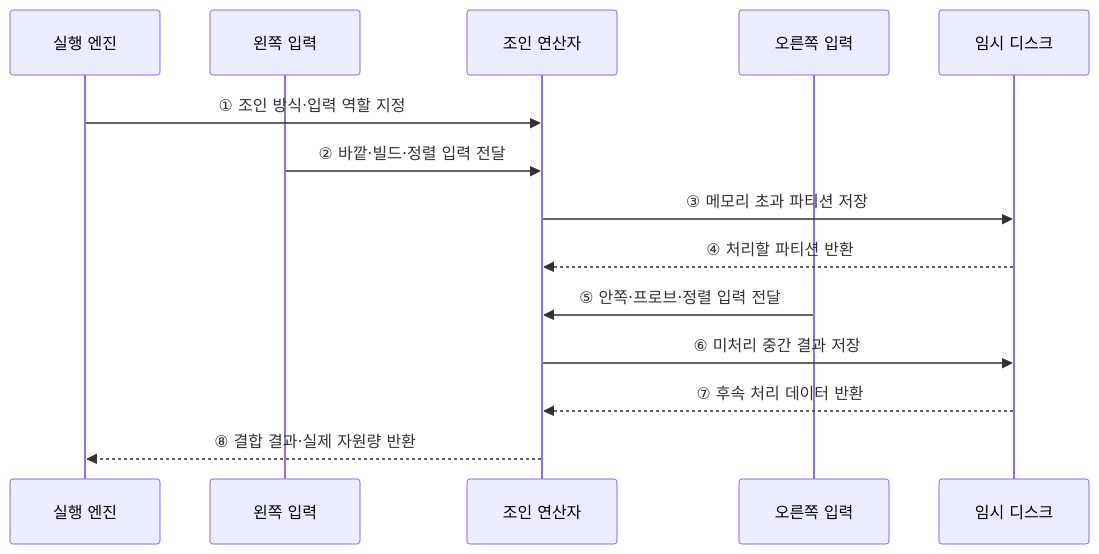
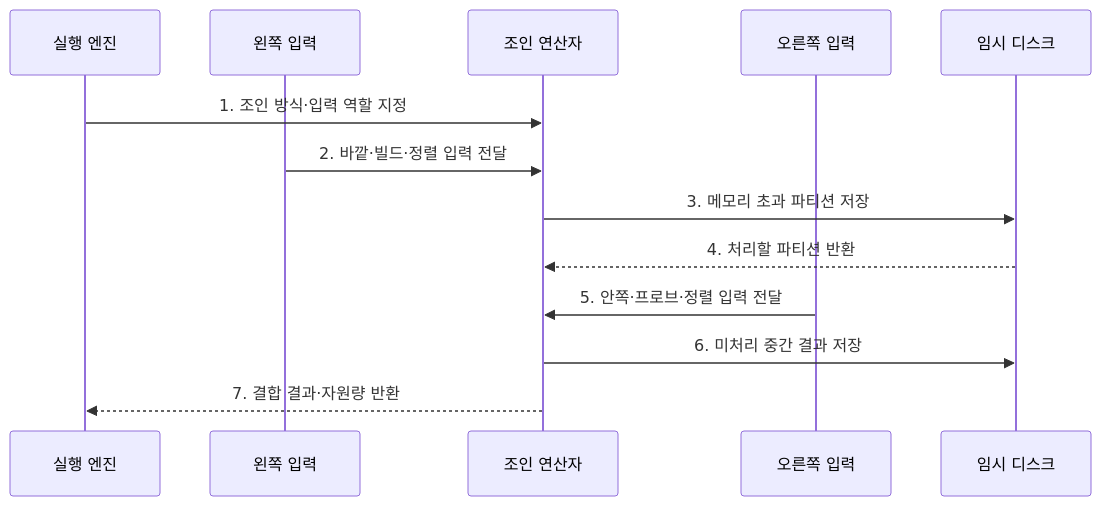
The second of 2 diagrams in src/content/docs/notes/03-software/096_join_algorithms.md (agnusdei1207/knowledge-base), drawn with Mermaid before and after one commit. The commit also changed other lines of this file and 20 other files, not shown here.

````diff
--- a/src/content/docs/notes/03-software/096_join_algorithms.md
+++ b/src/content/docs/notes/03-software/096_join_algorithms.md
@@ -69,16 +78,15 @@
 ```mermaid
 sequenceDiagram
     participant Q as 실행 엔진
     participant L as 왼쪽 입력
     participant J as 조인 연산자
     participant R as 오른쪽 입력
     participant T as 임시 디스크
-    Q->>J: ① 조인 방식·입력 역할 지정
-    L->>J: ② 바깥·빌드·정렬 입력 전달
-    J->>T: ③ 메모리 초과 파티션 저장
-    T-->>J: ④ 처리할 파티션 반환
-    R->>J: ⑤ 안쪽·프로브·정렬 입력 전달
-    J->>T: ⑥ 미처리 중간 결과 저장
-    T-->>J: ⑦ 후속 처리 데이터 반환
-    J-->>Q: ⑧ 결합 결과·실제 자원량 반환
+    Q->>J: 1. 조인 방식·입력 역할 지정
+    L->>J: 2. 바깥·빌드·정렬 입력 전달
+    J->>T: 3. 메모리 초과 파티션 저장
+    T-->>J: 4. 처리할 파티션 반환
+    R->>J: 5. 안쪽·프로브·정렬 입력 전달
+    J->>T: 6. 미처리 중간 결과 저장
+    J-->>Q: 7. 결합 결과·자원량 반환
 ```
````
